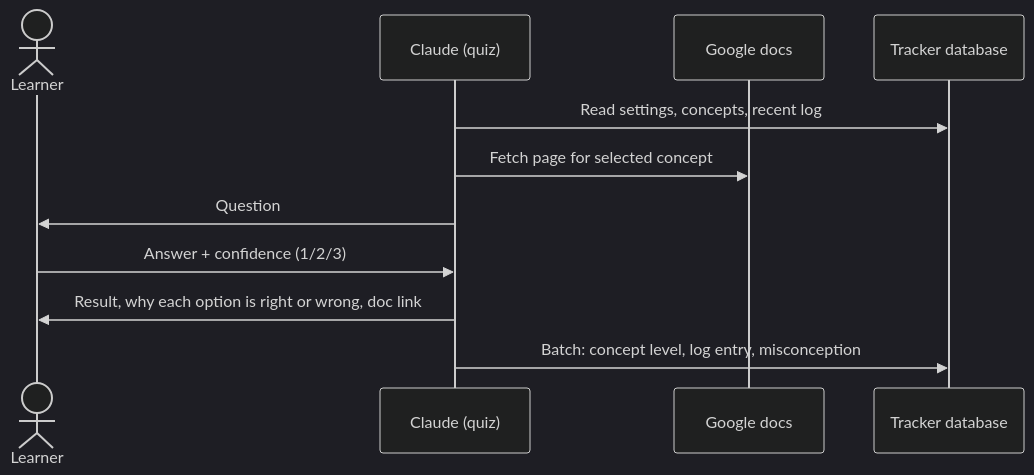
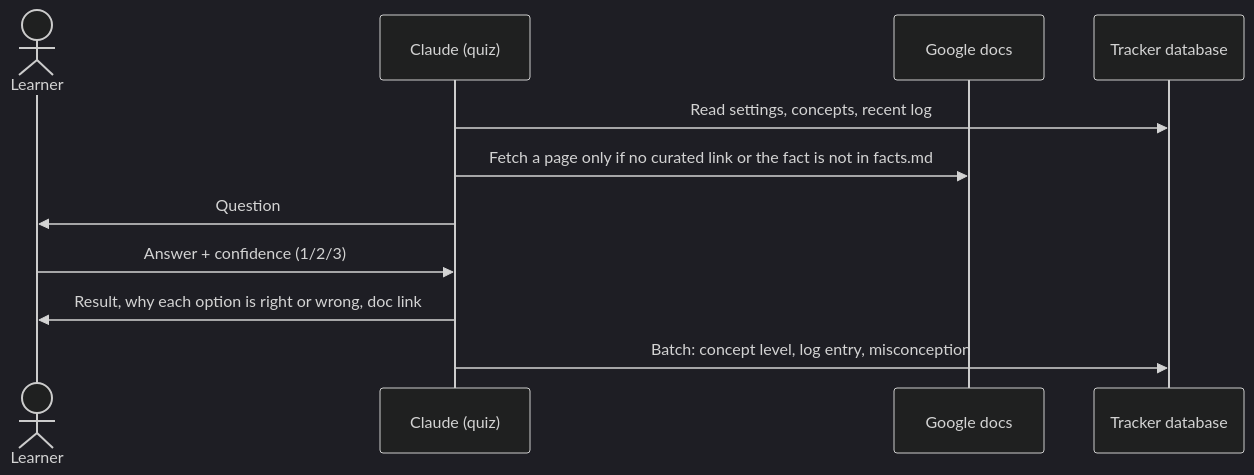
The third of 6 diagrams in docs/ARCHITECTURE.md (olehsov/gcp-certification-coach), drawn with Mermaid (dark theme) before and after one commit. The commit also changed other lines of this file and 106 other files, not shown here.

````diff
--- a/docs/ARCHITECTURE.md
+++ b/docs/ARCHITECTURE.md
@@ -462,13 +467,13 @@
 ```mermaid
 sequenceDiagram
   actor L as Learner
   participant C as Claude (quiz)
   participant D as Google docs
   participant A as Tracker database
   C->>A: Read settings, concepts, recent log
-  C->>D: Fetch page for selected concept
+  C->>D: Fetch a page only if no curated link or the fact is not in facts.md
   C->>L: Question
   L->>C: Answer + confidence (1/2/3)
   C->>L: Result, why each option is right or wrong, doc link
   C->>A: Batch: concept level, log entry, misconception
 ```
````
